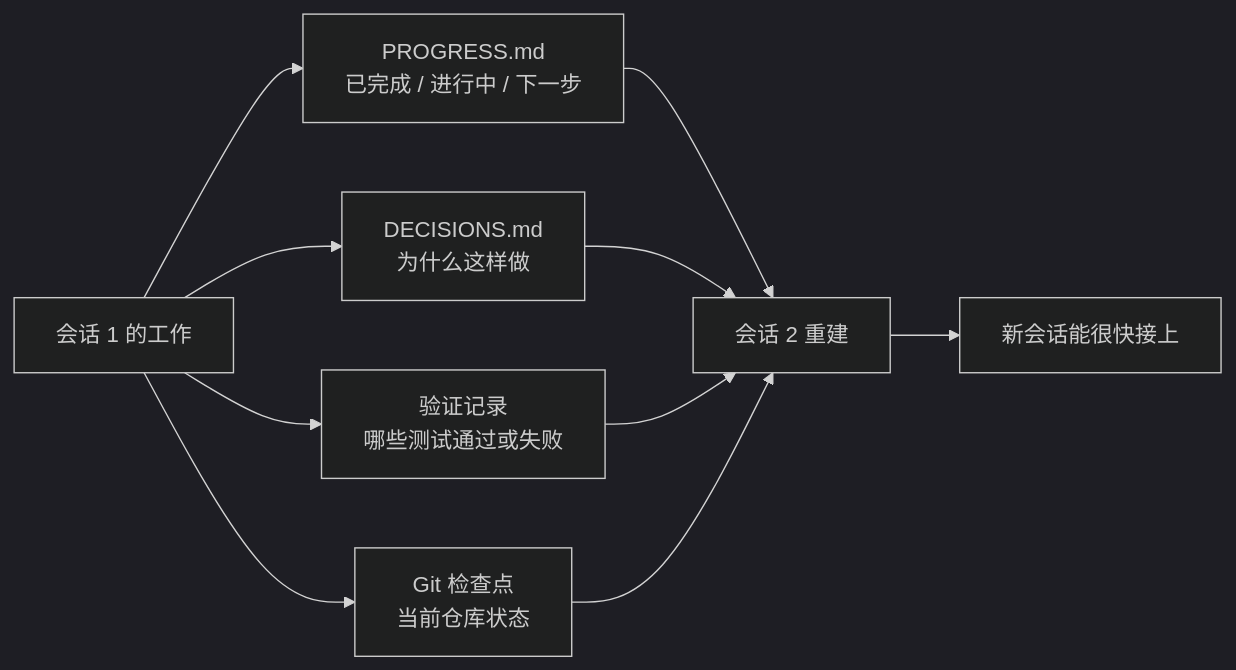
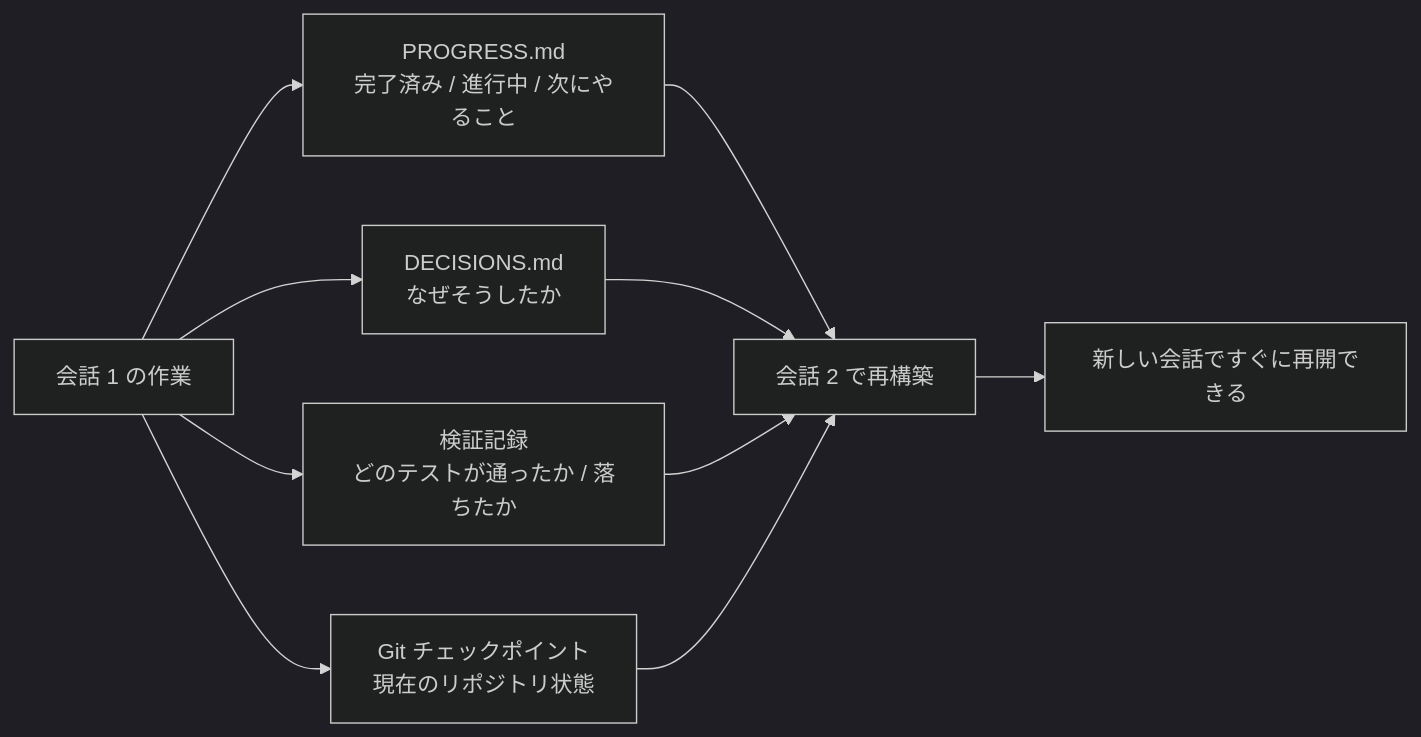
Before and after one commit to mkusaka/learn-harness-engineering: the second of 2 diagrams in docs/zh/lectures/lecture-05-why-long-running-tasks-lose-continuity/index.md, drawn with Mermaid (dark theme). The commit also changed other lines of this file and 571 other files, not shown here.

````diff
--- a/docs/zh/lectures/lecture-05-why-long-running-tasks-lose-continuity/index.md
+++ b/docs/zh/lectures/lecture-05-why-long-running-tasks-lose-continuity/index.md
@@ -36,14 +36,14 @@
 ```mermaid
 flowchart LR
-    Work["会话 1 的工作"] --> Progress["PROGRESS.md<br/>已完成 / 进行中 / 下一步"]
-    Work --> Decisions["DECISIONS.md<br/>为什么这样做"]
-    Work --> Verify["验证记录<br/>哪些测试通过或失败"]
-    Work --> Commit["Git 检查点<br/>当前仓库状态"]
+    Work["会話 1 の作業"] --> Progress["PROGRESS.md<br/>完了済み / 進行中 / 次にやること"]
+    Work --> Decisions["DECISIONS.md<br/>なぜそうしたか"]
+    Work --> Verify["検証記録<br/>どのテストが通ったか / 落ちたか"]
+    Work --> Commit["Git チェックポイント<br/>現在のリポジトリ状態"]
 
-    Progress --> Rebuild["会话 2 重建"]
+    Progress --> Rebuild["会話 2 で再構築"]
     Decisions --> Rebuild
     Verify --> Rebuild
     Commit --> Rebuild
 
-    Rebuild --> Resume["新会话能很快接上"]
+    Rebuild --> Resume["新しい会話ですぐに再開できる"]
 ```
````
